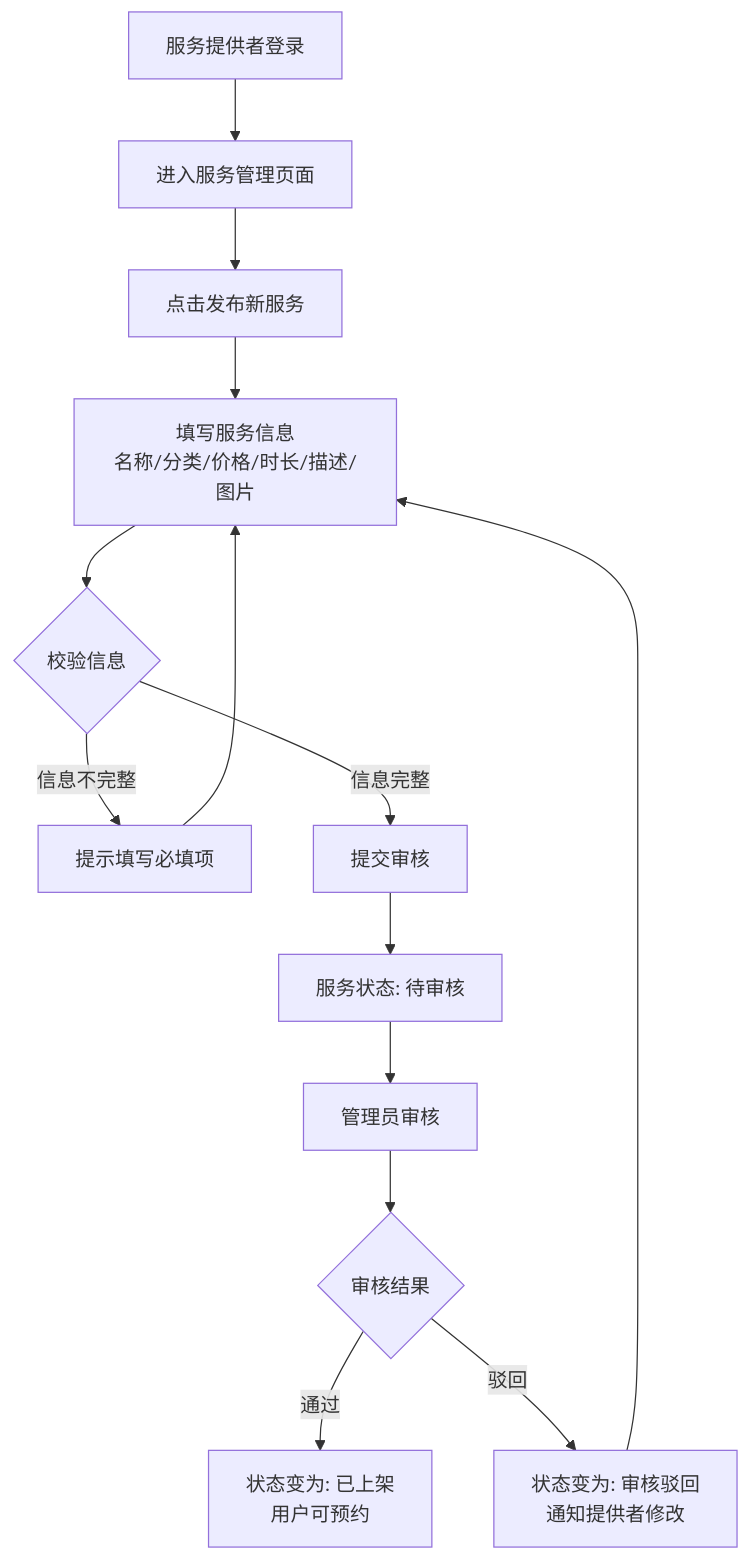
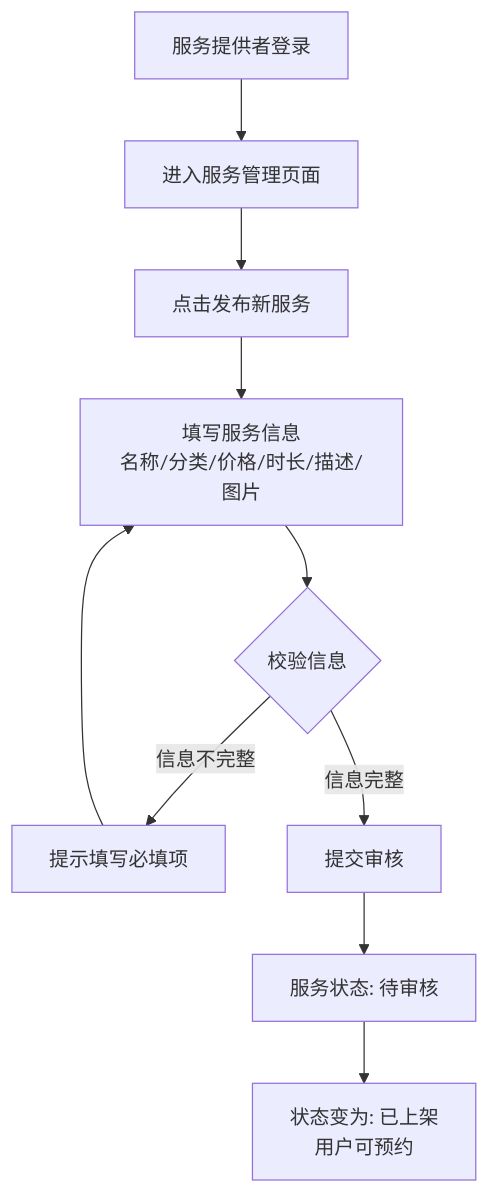
One commit to laipuran/online_reservation_system changed the sixth of 19 diagrams in docs/PRD.md. Above: the diagram before and after it, drawn with Mermaid. The commit also changed other lines of this file, not shown here.

````diff
--- a/docs/PRD.md
+++ b/docs/PRD.md
@@ -242,16 +235,12 @@
 ```mermaid
 flowchart TD
     A[服务提供者登录] --> B[进入服务管理页面]
     B --> C[点击发布新服务]
     C --> D[填写服务信息<br/>名称/分类/价格/时长/描述/图片]
     D --> E{校验信息}
     E -->|信息不完整| F[提示填写必填项]
     F --> D
     E -->|信息完整| G[提交审核]
     G --> H[服务状态: 待审核]
-    H --> I[管理员审核]
-    I --> J{审核结果}
-    J -->|通过| K[状态变为: 已上架<br/>用户可预约]
-    J -->|驳回| L[状态变为: 审核驳回<br/>通知提供者修改]
-    L --> D
+    H --> K[状态变为: 已上架<br/>用户可预约]
 ```
````
